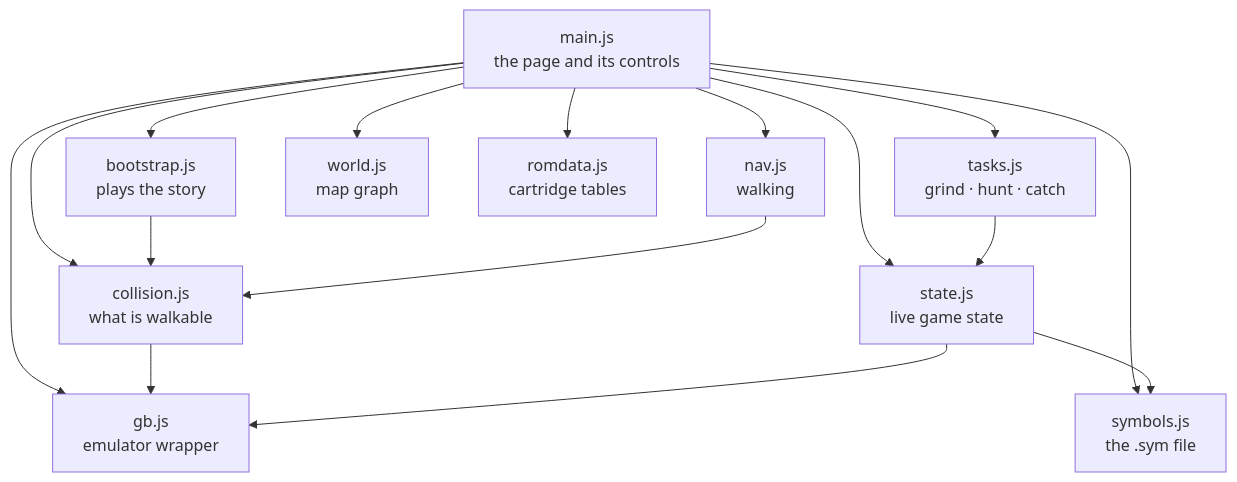
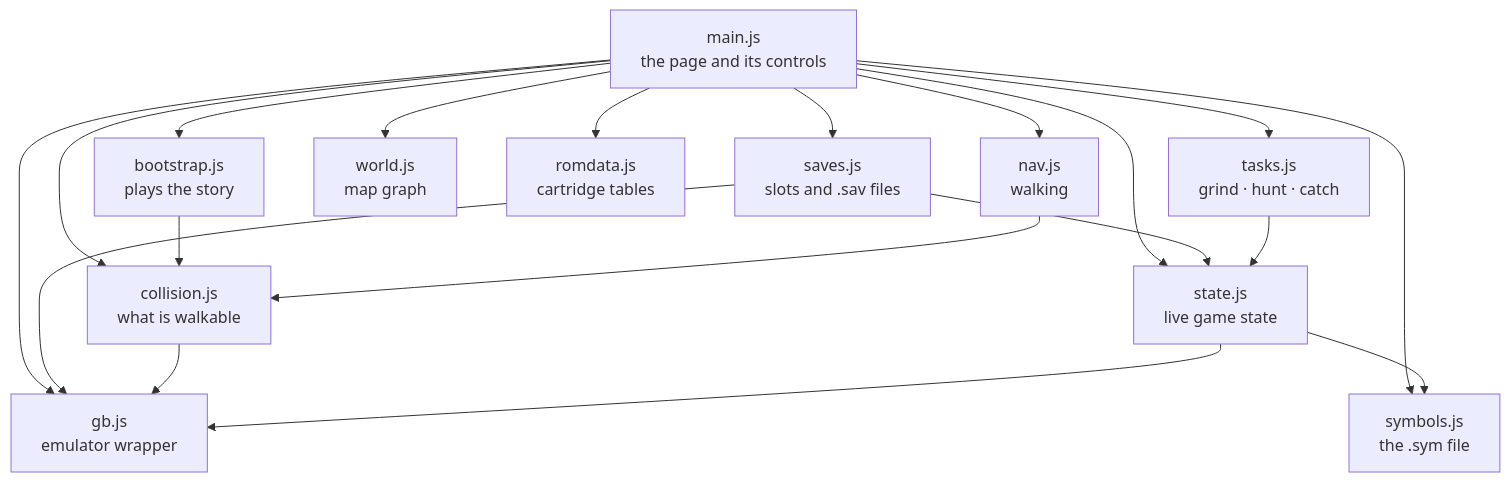
One commit to minormending/crystal-pilot-mobile changed the second of 15 diagrams in docs/CODE.md. Above: the diagram before and after it, drawn with Mermaid. The commit also changed other lines of this file and 5 other files, not shown here.

````diff
--- a/docs/CODE.md
+++ b/docs/CODE.md
@@ -97,29 +98,33 @@
 ```mermaid
 flowchart TD
     main["main.js<br/>the page and its controls"]
     boot["bootstrap.js<br/>plays the story"]
     tasks["tasks.js<br/>grind · hunt · catch"]
     nav["nav.js<br/>walking"]
     world["world.js<br/>map graph"]
     coll["collision.js<br/>what is walkable"]
     state["state.js<br/>live game state"]
     rom["romdata.js<br/>cartridge tables"]
     sym["symbols.js<br/>the .sym file"]
+    saves["saves.js<br/>slots and .sav files"]
     gb["gb.js<br/>emulator wrapper"]
 
     main --> boot
     main --> tasks
     main --> nav
     main --> world
     main --> coll
     main --> state
     main --> rom
     main --> sym
     main --> gb
+    main --> saves
+    saves --> gb
+    saves --> state
     boot --> coll
     tasks --> state
     nav --> coll
     coll --> gb
     state --> gb
     state --> sym
 ```
````
